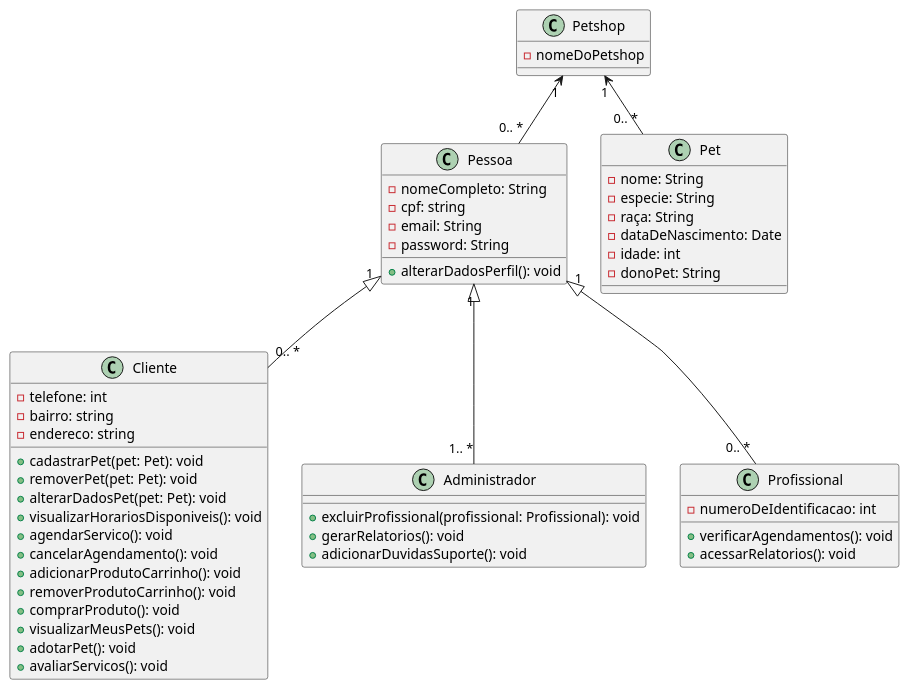
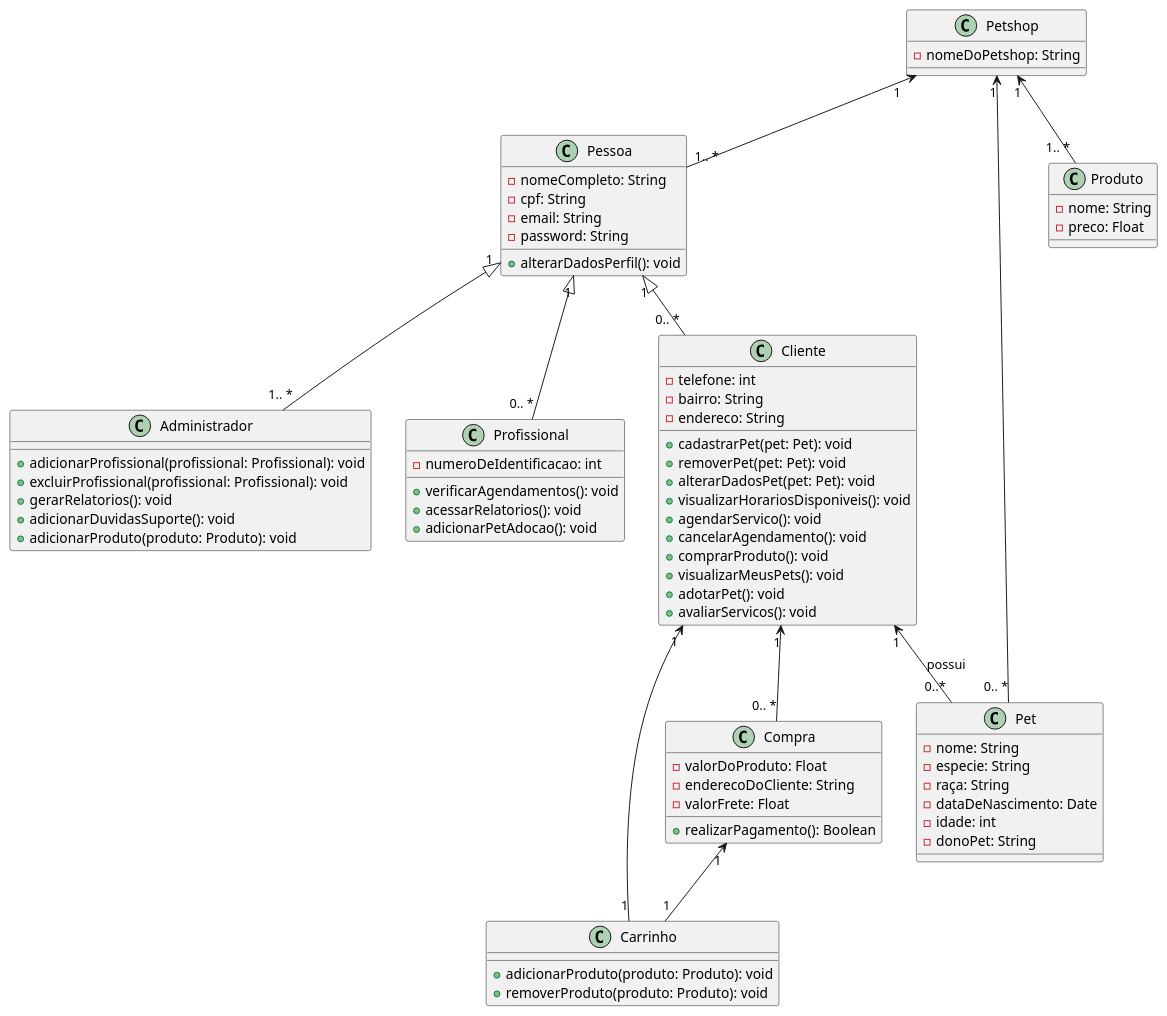
The diagram in Diagramas/classe.puml (daviddaves1/Projeto-PetStar), drawn with PlantUML before and after one commit.

Commit message:
up diagrama

```diff
--- a/Diagramas/classe.puml
+++ b/Diagramas/classe.puml
@@ -1,62 +1,86 @@
 @startuml
 class Petshop {
-    -nomeDoPetshop
+    -nomeDoPetshop: String
 }
 
 class Pessoa {
     -nomeCompleto: String
-    -cpf: string
+    -cpf: String
     -email: String
     -password: String
 
     +alterarDadosPerfil(): void
 }
 
 class Cliente {
     -telefone: int
-    -bairro: string
-    -endereco: string
+    -bairro: String
+    -endereco: String
     
     +cadastrarPet(pet: Pet): void
     +removerPet(pet: Pet): void
     +alterarDadosPet(pet: Pet): void
     +visualizarHorariosDisponiveis(): void
     +agendarServico(): void
     +cancelarAgendamento(): void
-    +adicionarProdutoCarrinho(): void
-    +removerProdutoCarrinho(): void
     +comprarProduto(): void
     +visualizarMeusPets(): void
     +adotarPet(): void
     +avaliarServicos(): void
 }
 
 class Administrador {
+    +adicionarProfissional(profissional: Profissional): void
     +excluirProfissional(profissional: Profissional): void
     +gerarRelatorios(): void
     +adicionarDuvidasSuporte(): void
+    +adicionarProduto(produto: Produto): void
 }
 
 class Profissional {
     -numeroDeIdentificacao: int
 
     +verificarAgendamentos(): void
     +acessarRelatorios(): void
+    +adicionarPetAdocao(): void
 }
 
 class Pet {
     -nome: String
     -especie: String
     -raça: String
     -dataDeNascimento: Date
     -idade: int
     -donoPet: String
 }
 
+class Produto {
+    -nome: String
+    -preco: Float
+}
+
+class Carrinho {
+    +adicionarProduto(produto: Produto): void
+    +removerProduto(produto: Produto): void
+}
+
+class Compra {
+    -valorDoProduto: Float
+    -enderecoDoCliente: String
+    -valorFrete: Float
+    
+    +realizarPagamento(): Boolean
+}
+
 Pessoa "1" <|-- "0.. *" Cliente 
 Pessoa "1" <|-- "1.. *" Administrador
 Pessoa "1" <|-- "0.. *" Profissional
-Petshop "1" <-- "0.. *" Pessoa
+Petshop "1" <-- "1.. *" Pessoa
 Petshop "1" <-- "0.. *" Pet
+Petshop "1" <-- "1.. *" Produto
+Cliente "1" <-- "1" Carrinho
+Cliente "1" <-- "0.. *" Compra
+Compra "1" <-- "1" Carrinho
+Cliente "1" <-- "0..*" Pet : "possui"
 
 @enduml
```
